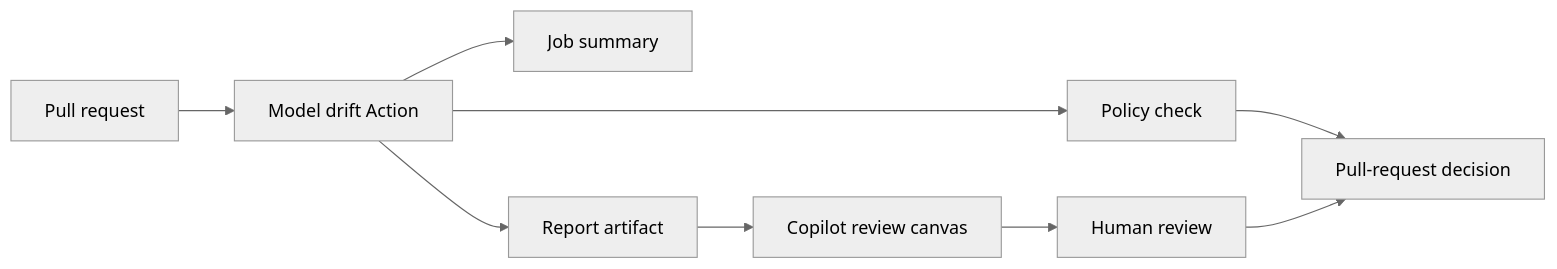
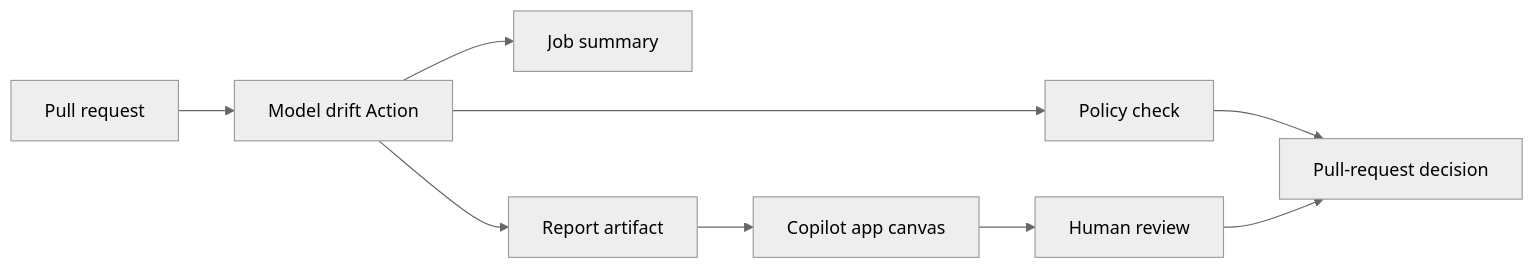
The diagram in README.md (actions-marketplace-validations/samueltauil_simulink-model-diff), drawn with Mermaid (neutral theme) before and after one commit. The commit also changed other lines of this file and 9 other files, not shown here.

First line of the commit message:
docs: correct canvas surface to the GitHub Copilot app

````diff
--- a/README.md
+++ b/README.md
@@ -13,11 +13,11 @@
 ```mermaid
 flowchart LR
     PR[Pull request] --> A[Model drift Action]
     A --> S[Job summary]
     A --> P[Policy check]
     A --> R[Report artifact]
-    R --> C[Copilot review canvas]
+    R --> C[Copilot app canvas]
     C --> H[Human review]
     P --> D[Pull-request decision]
     H --> D
 ```
````
